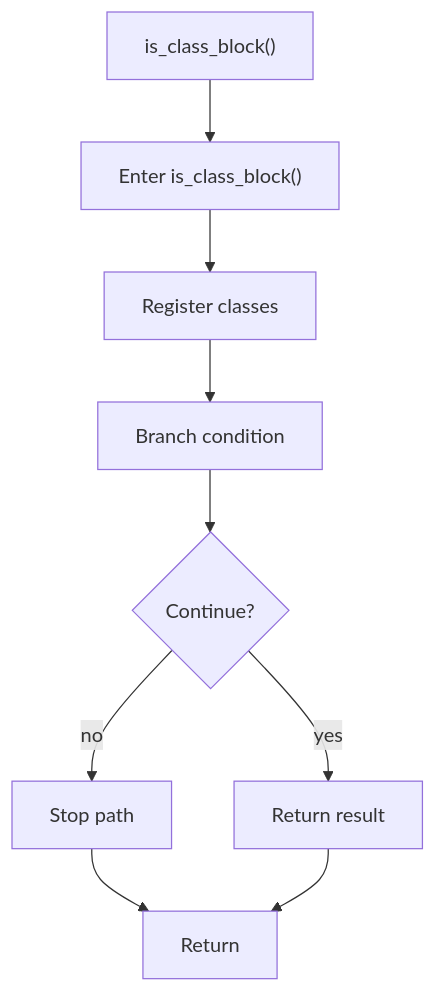
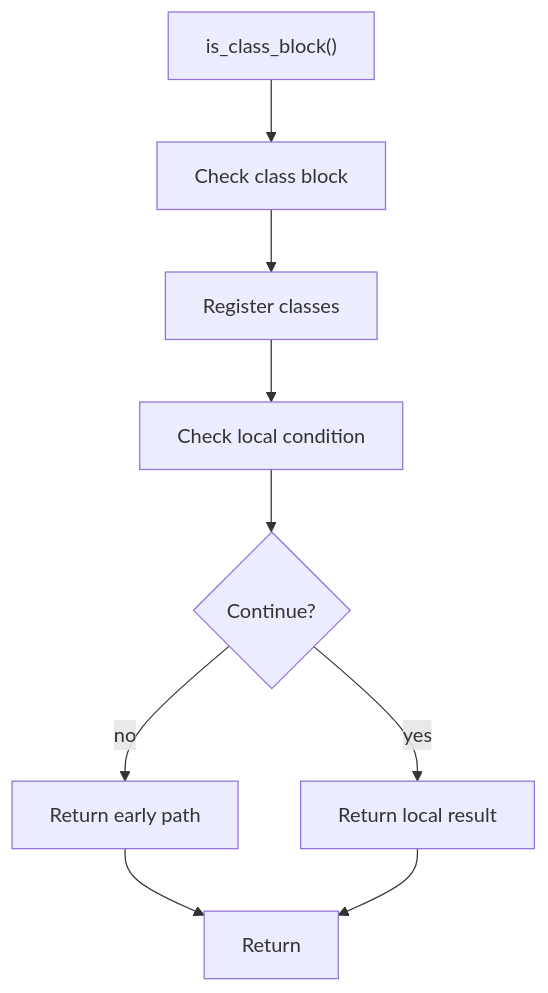
One commit to JohnAndrewBalbarosa/NeoTerritory changed the diagram in docs/Codebase/Microservice/Modules/Source/Analysis/ImplementationUse/Resolution/Symbols/Resolve/Flow/functions/is_class_block.cpp.md. Above: the diagram before and after it, drawn with Mermaid. The commit also changed other lines of this file and 915 other files, not shown here.

````diff
--- a/docs/Codebase/Microservice/Modules/Source/Analysis/ImplementationUse/Resolution/Symbols/Resolve/Flow/functions/is_class_block.cpp.md
+++ b/docs/Codebase/Microservice/Modules/Source/Analysis/ImplementationUse/Resolution/Symbols/Resolve/Flow/functions/is_class_block.cpp.md
@@ -18,19 +18,19 @@
 ```mermaid
 flowchart TD
     Start["is_class_block()"]
-    N0["Enter is_class_block()"]
+    N0["Check class block"]
     N1["Register classes"]
-    N2["Branch condition"]
+    N2["Check local condition"]
     D2{"Continue?"}
-    R2["Stop path"]
-    N3["Return result"]
+    R2["Return early path"]
+    N3["Return local result"]
     End["Return"]
     Start --> N0
     N0 --> N1
     N1 --> N2
     N2 --> D2
     D2 -->|yes| N3
     D2 -->|no| R2
     R2 --> End
     N3 --> End
 ```
````
